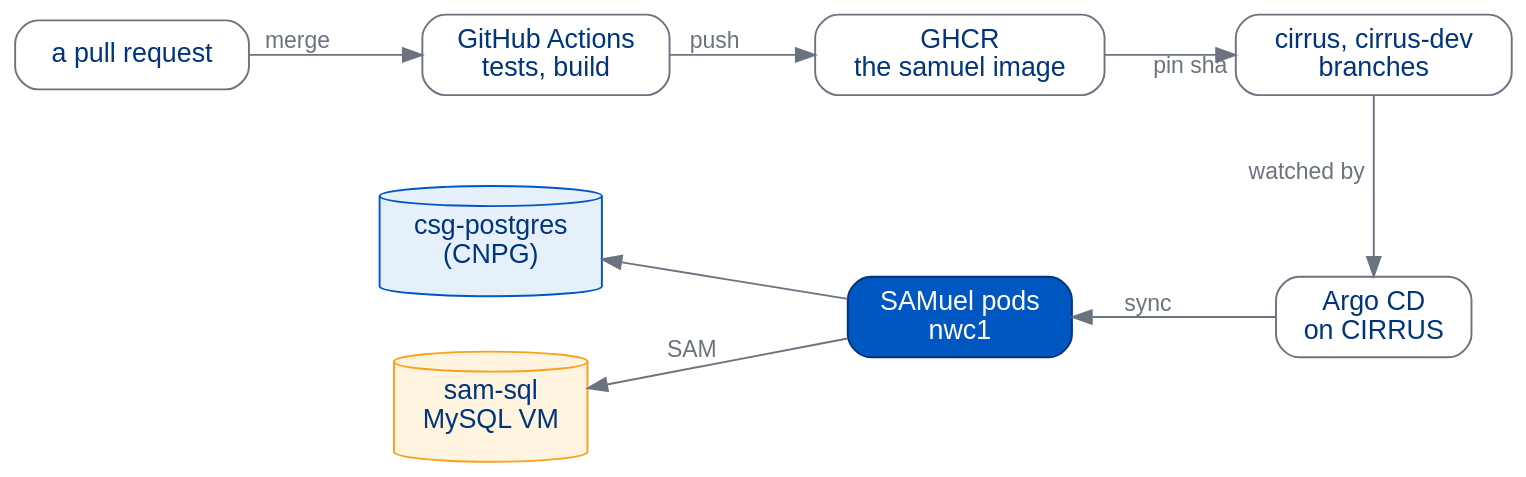
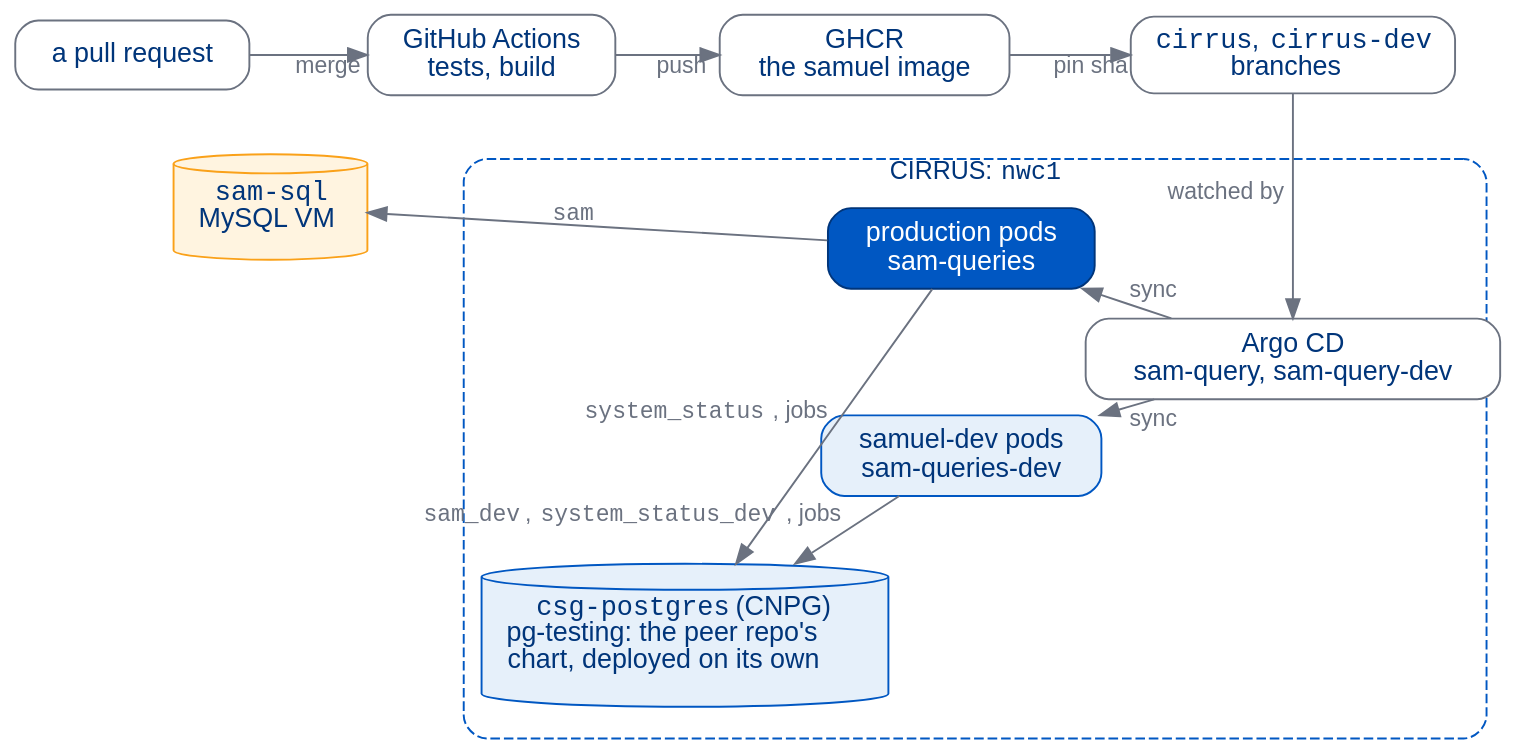
The first of 4 diagrams in docs/presentations/samuel/_5-deployment.qmd (benkirk/sam-queries), drawn with Graphviz before and after one commit. The commit also changed other lines of this file and 63 other files, not shown here.

````diff
--- a/docs/presentations/samuel/_5-deployment.qmd
+++ b/docs/presentations/samuel/_5-deployment.qmd
@@ -14,27 +14,33 @@
 ```{dot}
 //| fig-width: 10
 digraph Pipeline {
   graph [layout=neato, splines=true, bgcolor="transparent"];
   node  [shape=box, style="rounded,filled", fontname="Helvetica", fontsize=14,
          fillcolor="#FFFFFF", color="#6B7280", fontcolor="#00357A", margin="0.18,0.08"];
   edge  [fontname="Helvetica", fontsize=12, color="#6B7280", fontcolor="#6B7280"];
-  pr    [label="a pull request", pos="0,1.9!"];
-  ci    [label="GitHub Actions\ntests, build", pos="3,1.9!"];
-  ghcr  [label="GHCR\nthe samuel image", pos="6,1.9!"];
-  pin   [label="cirrus, cirrus-dev\nbranches", pos="9,1.9!"];
-  argo  [label="Argo CD\non CIRRUS", pos="9,0!"];
-  pods  [label="SAMuel pods\nnwc1", pos="6,0!", fillcolor="#0057C2", color="#00357A",
+  // the cluster, drawn first so it sits behind what runs on it
+  nwc1  [label=<CIRRUS:&#160;<FONT FACE="Courier">nwc1</FONT>>, labelloc=t, shape=box, style="rounded,dashed", width=7.4,
+         height=4.2, fixedsize=true, color="#0057C2", fontcolor="#00357A", fontsize=13,
+         pos="6.5,0.85!"];
+  pr    [label="a pull request", pos="0.4,3.7!"];
+  ci    [label="GitHub Actions\ntests, build", pos="3,3.7!"];
+  ghcr  [label="GHCR\nthe samuel image", pos="5.7,3.7!"];
+  pin   [label=<<FONT FACE="Courier">cirrus</FONT>,&#160;<FONT FACE="Courier">cirrus-dev</FONT><BR/>branches>, pos="8.8,3.7!"];
+  argo  [label="Argo CD\nsam-query, sam-query-dev", pos="8.8,1.5!"];
+  prod  [label="production pods\nsam-queries", pos="6.4,2.3!", fillcolor="#0057C2", color="#00357A",
          fontcolor="#FFFFFF"];
-  pg    [label="csg-postgres\n(CNPG)", pos="2.6,0.55!", shape=cylinder, fillcolor="#E6F0FA",
-         color="#0057C2"];
-  sql   [label="sam-sql\nMySQL VM", pos="2.6,-0.65!", shape=cylinder, fillcolor="#FFF4E0",
-         color="#FAA119"];
+  dev   [label="samuel-dev pods\nsam-queries-dev", pos="6.4,0.8!", fillcolor="#E6F0FA", color="#0057C2"];
+  pg    [label=<<FONT FACE="Courier">csg-postgres</FONT>&#160;(CNPG)<BR/>pg-testing: the peer repo's<BR/>chart, deployed on its own>, pos="4.4,-0.5!",
+         shape=cylinder, fillcolor="#E6F0FA", color="#0057C2"];
+  sql   [label=<<FONT FACE="Courier">sam-sql</FONT><BR/>MySQL VM>, pos="1.4,2.6!", shape=cylinder, fillcolor="#FFF4E0", color="#FAA119"];
   pr -> ci [label="merge"];
   ci -> ghcr [label="push"];
   ghcr -> pin [label="pin sha"];
   pin -> argo [label="watched by"];
-  argo -> pods [label="sync"];
-  pods -> pg;
-  pods -> sql [label="SAM"];
+  argo -> prod [label="sync"];
+  argo -> dev [label="sync"];
+  prod -> sql [label=<<FONT FACE="Courier">sam</FONT>>];
+  prod -> pg [label=<<FONT FACE="Courier">system_status</FONT>, jobs>];
+  dev -> pg [label=<<FONT FACE="Courier">sam_dev</FONT>,&#160;<FONT FACE="Courier">system_status_dev</FONT>, jobs>];
 }
 ```
````
